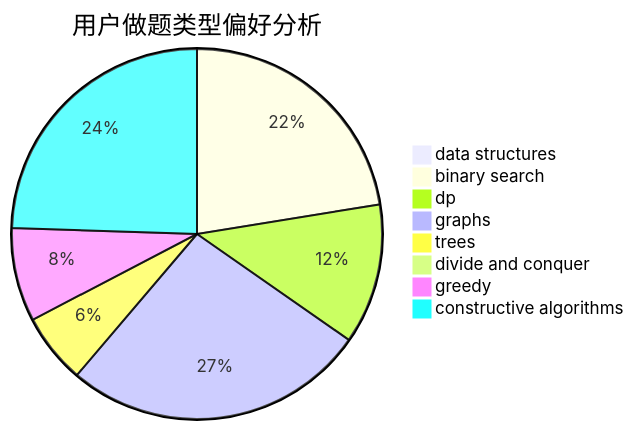
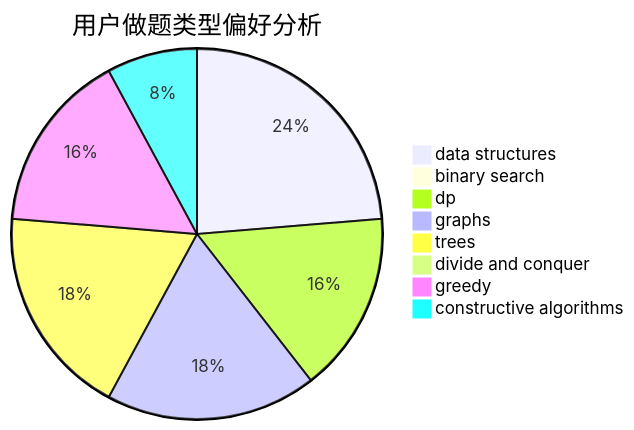
The second of 3 diagrams in docs/user/u2453.md (sherpahu/cfrs.github.io), drawn with Mermaid before and after one commit. The commit also changed other lines of this file and 2770 other files, not shown here.

````diff
--- a/docs/user/u2453.md
+++ b/docs/user/u2453.md
@@ -23,11 +23,11 @@
 ```mermaid
 pie title 用户做题类型偏好分析
-    "data structures" :  0
-    "binary search" :  11
+    "data structures" :  9
+    "binary search" :  0
     "dp" :  6
-    "graphs" :  13
-    "trees" :  3
+    "graphs" :  7
+    "trees" :  7
     "divide and conquer" :  0
-    "greedy" :  4
-    "constructive algorithms" :  12
+    "greedy" :  6
+    "constructive algorithms" :  3
 ```
````
